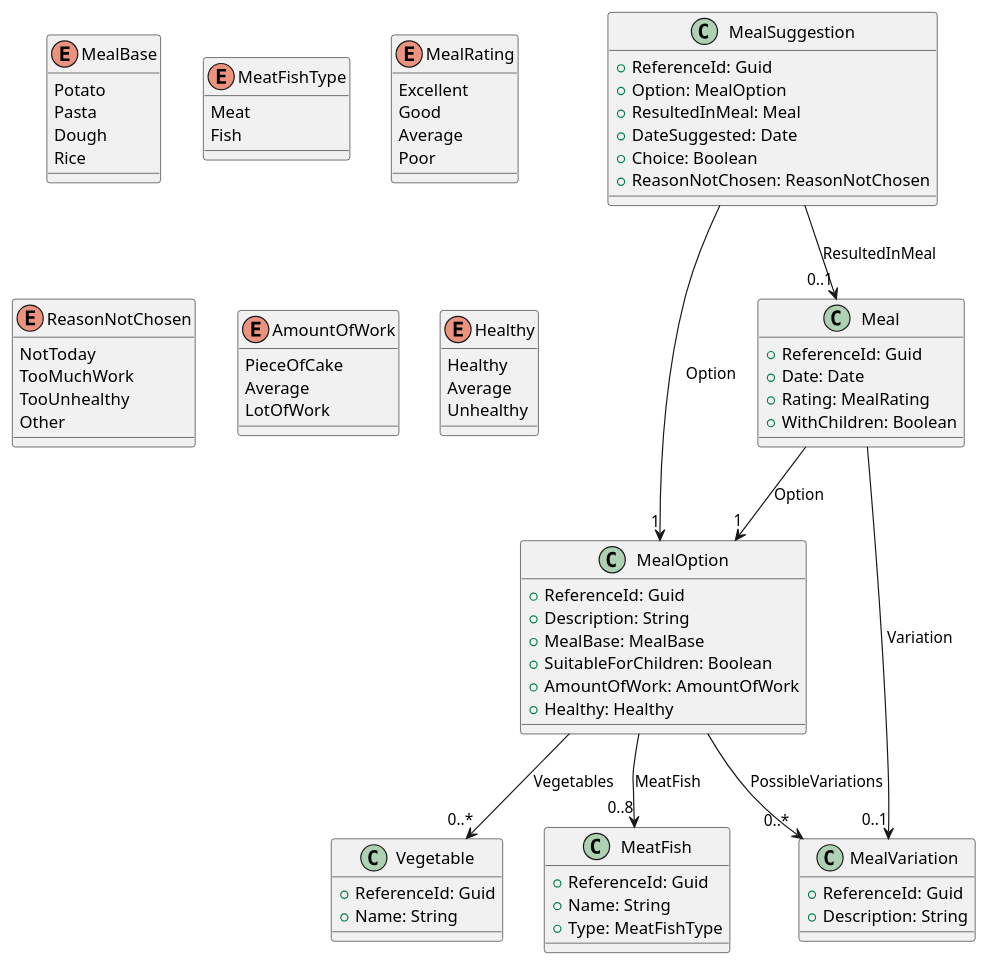
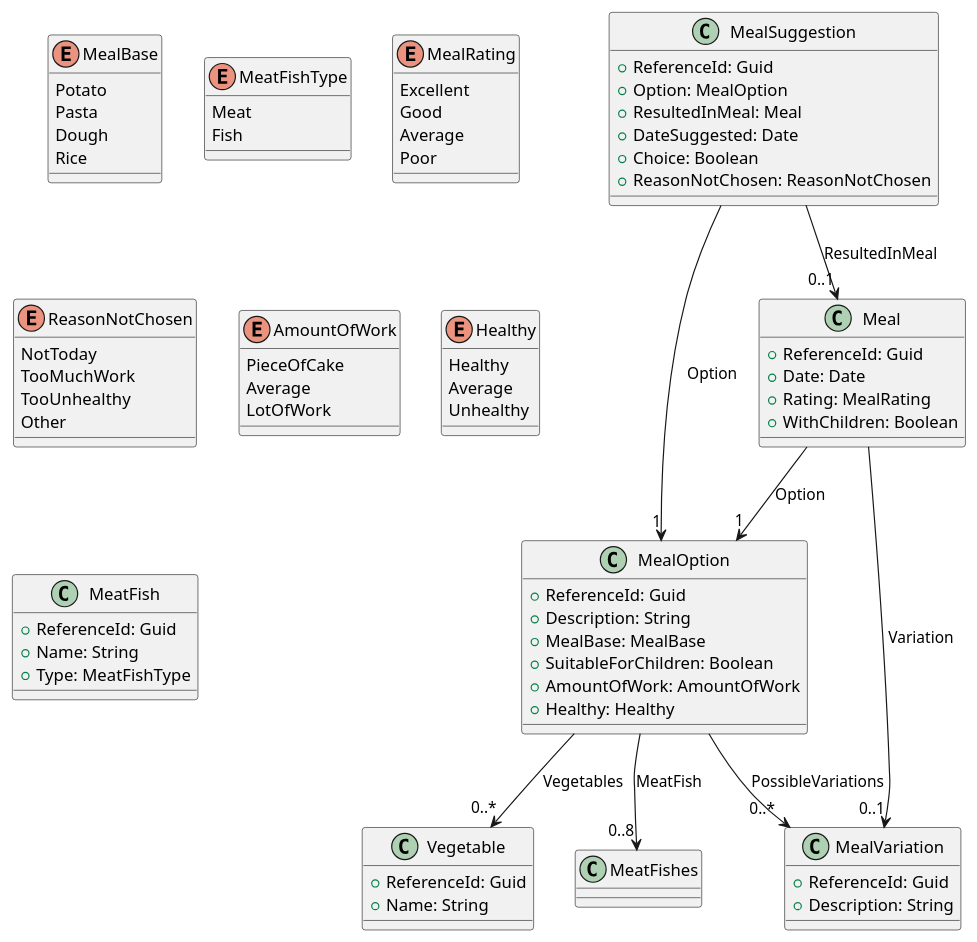
The diagram in doc/domain/domainmodel.puml (marcovandehaar/wot-we-eat), drawn with PlantUML before and after one commit. The commit also changed 11 other files, not shown here.

```diff
--- a/doc/domain/domainmodel.puml
+++ b/doc/domain/domainmodel.puml
@@ -1,90 +1,90 @@
 @startuml MealPlanningClassDiagram
 
 enum MealBase {
     Potato
     Pasta
     Dough
     Rice
 }
 
 enum MeatFishType {
     Meat
     Fish
 }
 
 enum MealRating {
     Excellent
     Good
     Average
     Poor
 }
 
 enum ReasonNotChosen {
     NotToday
     TooMuchWork
     TooUnhealthy
     Other
 }
 
 enum AmountOfWork {
     PieceOfCake
     Average
     LotOfWork
 }
 
 enum Healthy {
     Healthy
     Average
     Unhealthy
 }
 
 class MealOption {
   + ReferenceId: Guid
   + Description: String
   + MealBase: MealBase
   + SuitableForChildren: Boolean
   + AmountOfWork: AmountOfWork
   + Healthy: Healthy
 }
 
 class Vegetable {
   + ReferenceId: Guid
   + Name: String
 }
 
 class MeatFish {
   + ReferenceId: Guid
   + Name: String
   + Type: MeatFishType
 }
 
 class MealVariation {
   + ReferenceId: Guid
   + Description: String
 }
 
 class Meal {
   + ReferenceId: Guid
   + Date: Date
   + Rating: MealRating
   + WithChildren: Boolean
 }
 
 class MealSuggestion {
   + ReferenceId: Guid
   + Option: MealOption
   + ResultedInMeal: Meal
   + DateSuggested: Date
   + Choice: Boolean
   + ReasonNotChosen: ReasonNotChosen
 }
 
 Meal --> "1" MealOption : Option
 Meal --> "0..1" MealVariation : Variation
-MealOption --> "0..8" MeatFish : MeatFish
+MealOption --> "0..8" MeatFishes : MeatFish
 MealOption --> "0..*" MealVariation : PossibleVariations
 MealOption --> "0..*" Vegetable : Vegetables
 MealSuggestion --> "1" MealOption : Option
 MealSuggestion --> "0..1" Meal : ResultedInMeal
 
 @enduml
```
